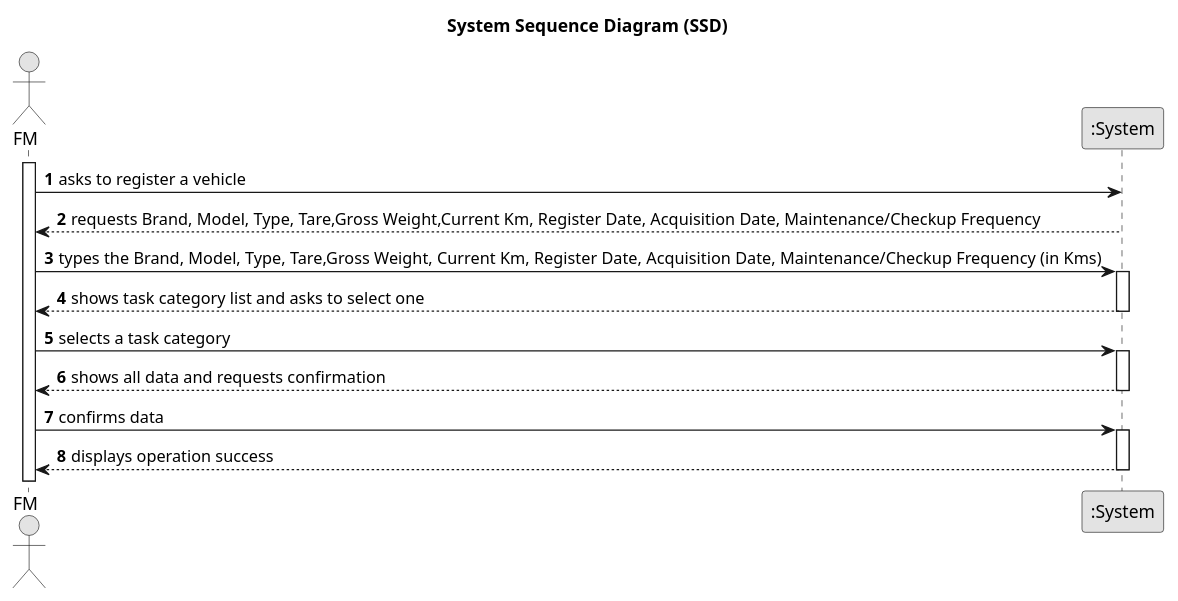
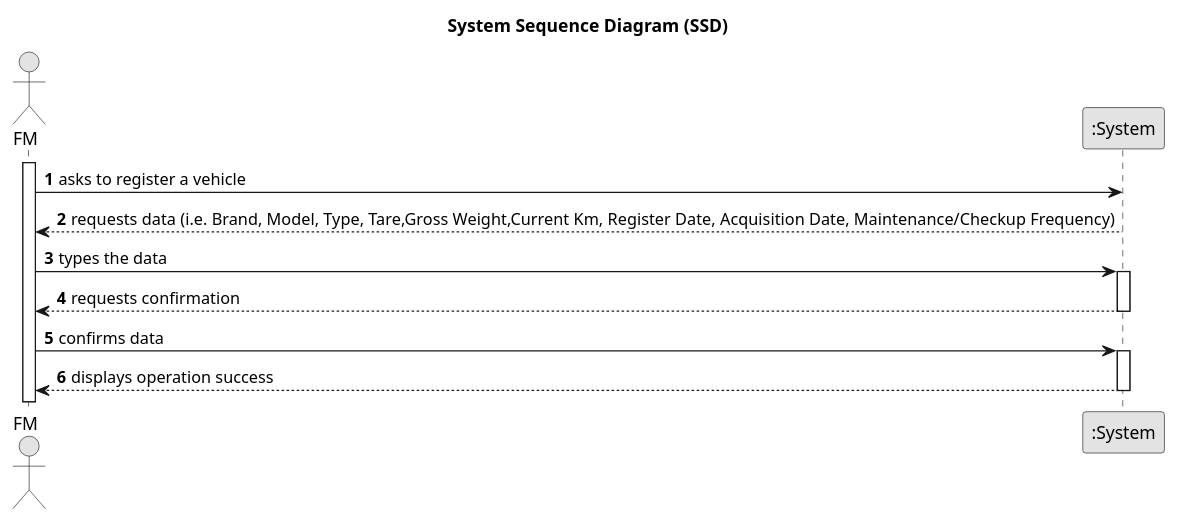
Before and after one commit to Departamento-de-Engenharia-Informatica/lei-24-s2-1do-g164: the diagram in docs/sprintA/us006/01.requirements-engineering/puml/us006-system-sequence-diagram-alternative-one.puml, drawn with PlantUML. The commit also changed 2 other files, not shown here.

```diff
--- a/docs/sprintA/us006/01.requirements-engineering/puml/us006-system-sequence-diagram-alternative-one.puml
+++ b/docs/sprintA/us006/01.requirements-engineering/puml/us006-system-sequence-diagram-alternative-one.puml
@@ -1,40 +1,33 @@
 @startuml
 skinparam monochrome true
 skinparam packageStyle rectangle
 skinparam shadowing false
 
 title System Sequence Diagram (SSD)
 
 autonumber
 
 actor "FM" as Employee
 participant ":System" as System
 
 activate Employee
 
     Employee -> System : asks to register a vehicle
 
 
-        System --> Employee : requests Brand, Model, Type, Tare,Gross Weight,Current Km, Register Date, Acquisition Date, Maintenance/Checkup Frequency
+        System --> Employee : requests data (i.e. Brand, Model, Type, Tare,Gross Weight,Current Km, Register Date, Acquisition Date, Maintenance/Checkup Frequency)
     deactivate System
 
-    Employee -> System : types the Brand, Model, Type, Tare,Gross Weight, Current Km, Register Date, Acquisition Date, Maintenance/Checkup Frequency (in Kms)
-
+    Employee -> System : types the data
     activate System
 
-        System --> Employee : shows task category list and asks to select one
-    deactivate System
-
-    Employee -> System : selects a task category
-    activate System
-
-        System --> Employee : shows all data and requests confirmation
+        System --> Employee : requests confirmation
     deactivate System
 
     Employee -> System : confirms data
     activate System
 
         System --> Employee : displays operation success
     deactivate System
 
 @enduml
```
